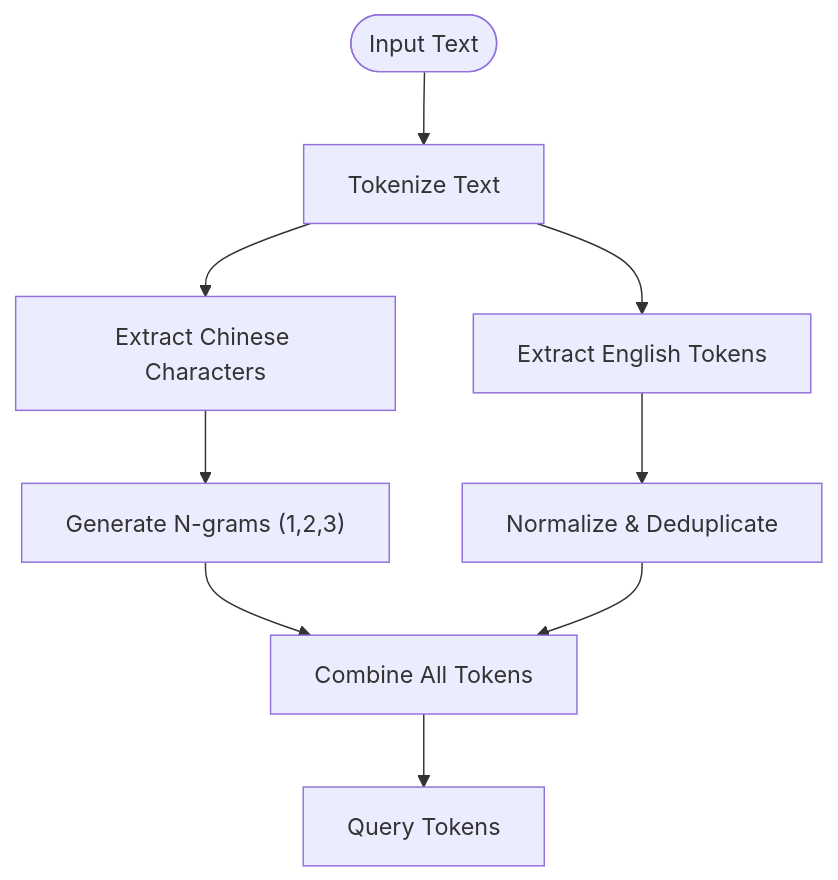
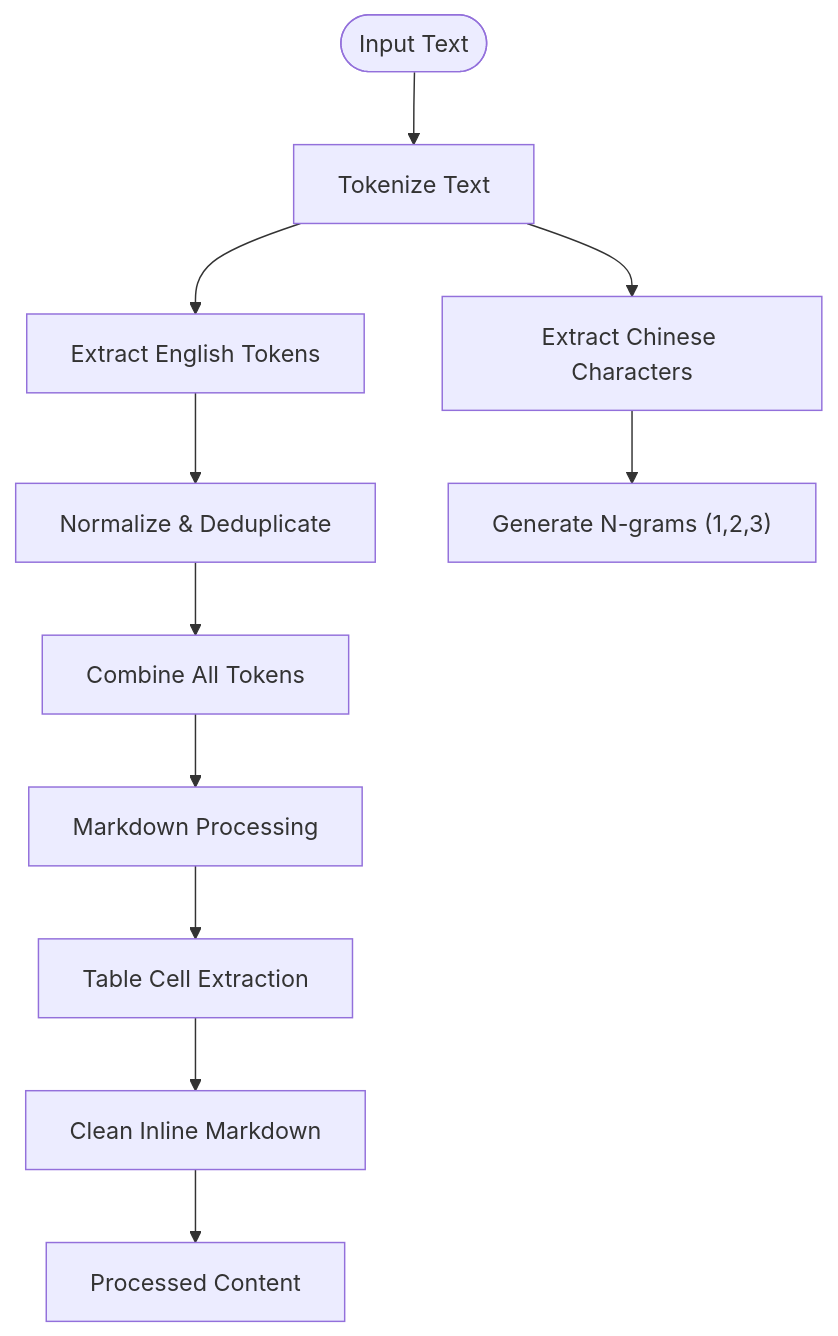
One commit to intellistream/sage-mate changed the eighth of 12 diagrams in .qoder/repowiki/en/content/Knowledge Management/Knowledge Base Storage.md. Above: the diagram before and after it, drawn with Mermaid. The commit also changed other lines of this file and 60 other files, not shown here.

````diff
--- a/.qoder/repowiki/en/content/Knowledge Management/Knowledge Base Storage.md
+++ b/.qoder/repowiki/en/content/Knowledge Management/Knowledge Base Storage.md
@@ -440,11 +514,13 @@
 ```mermaid
 flowchart TD
 Start(["Input Text"]) --> Tokenize["Tokenize Text"]
 Tokenize --> EnglishTokens["Extract English Tokens"]
 Tokenize --> ChineseChars["Extract Chinese Characters"]
 EnglishTokens --> Normalize["Normalize & Deduplicate"]
 ChineseChars --> Ngrams["Generate N-grams (1,2,3)"]
-Ngrams --> Combine["Combine All Tokens"]
-Normalize --> Combine
-Combine --> Output["Query Tokens"]
+Normalize --> Combine["Combine All Tokens"]
+Combine --> MDProcessing["Markdown Processing"]
+MDProcessing --> TableSupport["Table Cell Extraction"]
+TableSupport --> CleanInline["Clean Inline Markdown"]
+CleanInline --> Output["Processed Content"]
 ```
````
